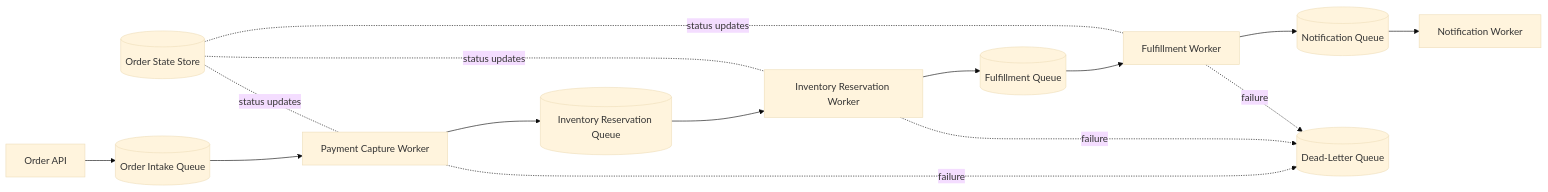
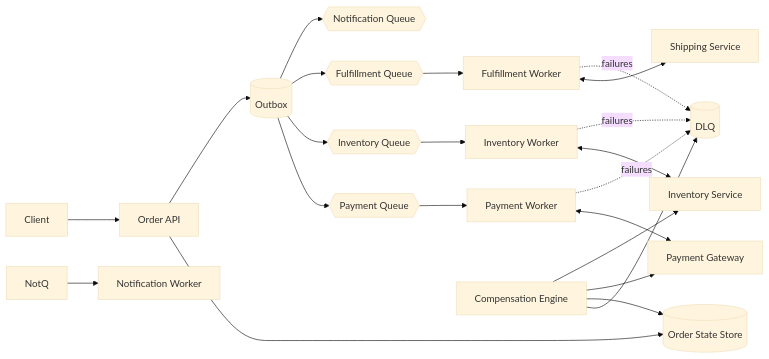
Before and after one commit to abhishekghoshh/system-design-helper: the first of 21 diagrams in docs/system-design/high-level/designing/advanced/fault-tolerant-order-processing-system.md, drawn with Mermaid (base theme). The commit also changed other lines of this file and 107 other files, not shown here.

````diff
--- a/docs/system-design/high-level/designing/advanced/fault-tolerant-order-processing-system.md
+++ b/docs/system-design/high-level/designing/advanced/fault-tolerant-order-processing-system.md
@@ -67,17 +69,24 @@
 ```mermaid
 flowchart LR
-    OrderAPI[Order API] --> OrderQueue[(Order Intake Queue)]
-    OrderQueue --> PaymentWorker[Payment Capture Worker]
-    PaymentWorker --> InventoryQueue[(Inventory Reservation Queue)]
-    InventoryQueue --> InventoryWorker[Inventory Reservation Worker]
-    InventoryWorker --> FulfillmentQueue[(Fulfillment Queue)]
-    FulfillmentQueue --> FulfillmentWorker[Fulfillment Worker]
-    FulfillmentWorker --> NotifyQueue[(Notification Queue)]
-    NotifyQueue --> NotifyWorker[Notification Worker]
-    PaymentWorker -.failure.-> DLQ[(Dead-Letter Queue)]
-    InventoryWorker -.failure.-> DLQ
-    FulfillmentWorker -.failure.-> DLQ
-    OrderStateDB[(Order State Store)] -.status updates.- PaymentWorker
-    OrderStateDB -.status updates.- InventoryWorker
-    OrderStateDB -.status updates.- FulfillmentWorker
+    Client[Client] --> API[Order API]
+    API --> OrderDB[(Order State Store)]
+    API --> Outbox[(Outbox)]
+    Outbox --> PayQ{{Payment Queue}}
+    Outbox --> InvQ{{Inventory Queue}}
+    Outbox --> FulQ{{Fulfillment Queue}}
+    Outbox --> NotfQ{{Notification Queue}}
+    PayQ --> PayW[Payment Worker]
+    PayW <--> PSP[Payment Gateway]
+    InvQ --> InvW[Inventory Worker]
+    InvW <--> InvAPI[Inventory Service]
+    FulQ --> FulW[Fulfillment Worker]
+    FulW <--> ShipSvc[Shipping Service]
+    NotQ --> NotW[Notification Worker]
+    PayW -.failures.-> DLQ1[(DLQ)]
+    InvW -.failures.-> DLQ1
+    FulW -.failures.-> DLQ1
+    CompW[Compensation Engine] --> DLQ1
+    CompW --> OrderDB
+    CompW --> PSP
+    CompW --> InvAPI
 ```
````
